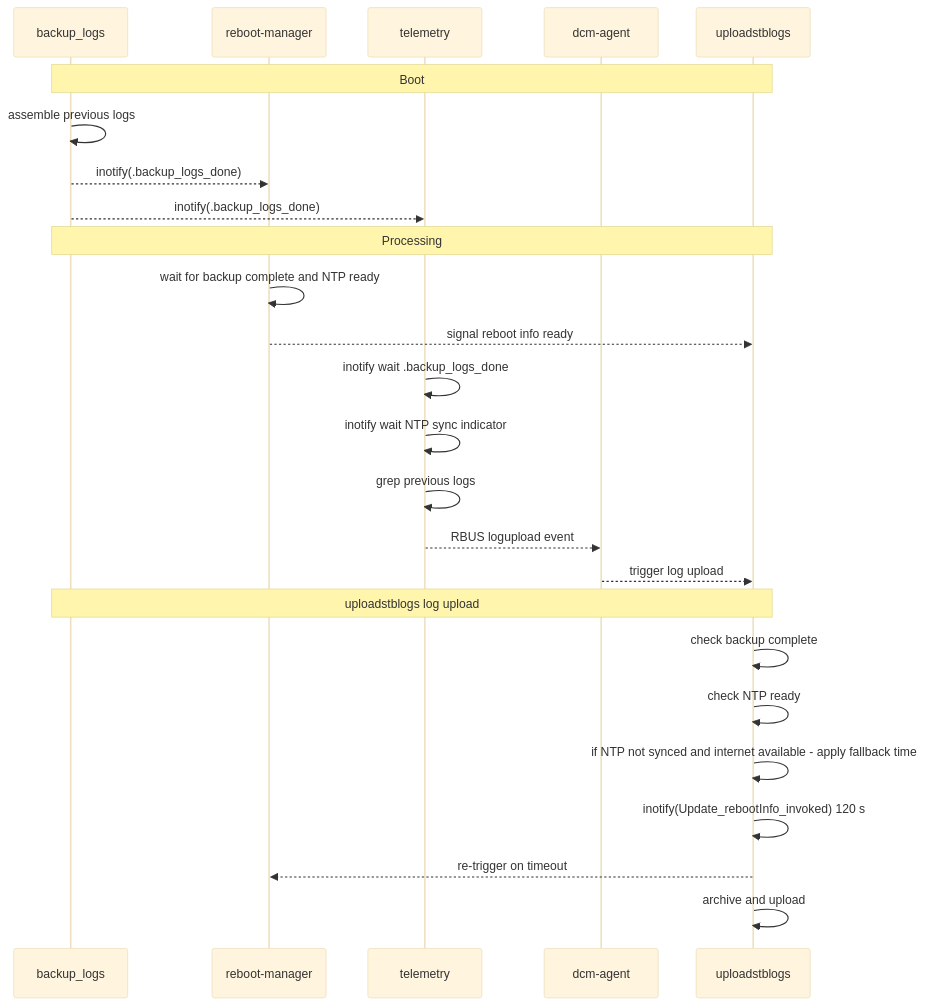
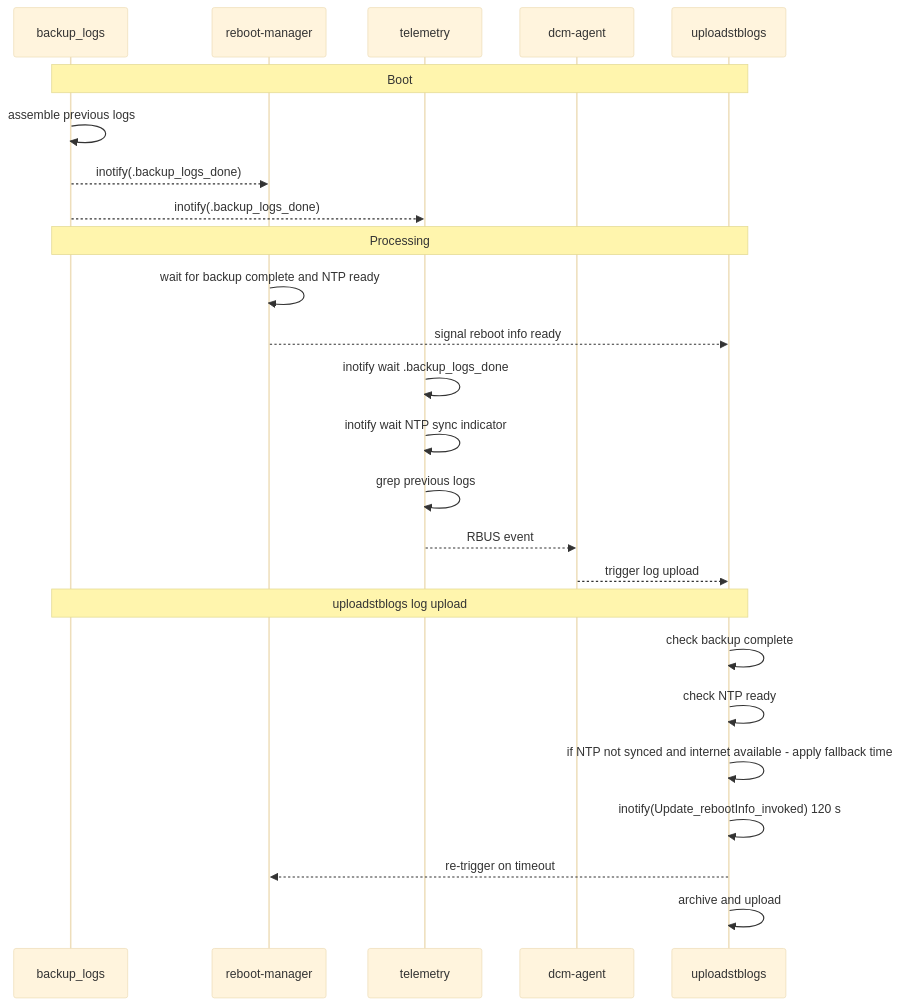
Before and after one commit to rdkcentral/dcm-agent: the first of 2 diagrams in stateanalysis.md, drawn with Mermaid (base theme).

````diff
--- a/stateanalysis.md
+++ b/stateanalysis.md
@@ -7,34 +7,34 @@
 ```mermaid
 sequenceDiagram
     participant BL  as backup_logs
     participant RM  as reboot-manager
     participant TEL as telemetry
     participant DCM as dcm-agent
     participant UL  as uploadstblogs
 
     note over BL,UL: Boot
 
     BL  ->> BL  : assemble previous logs
     BL  -->> RM : inotify(.backup_logs_done)
     BL  -->> TEL: inotify(.backup_logs_done)
 
     note over BL,UL: Processing
 
     RM  ->> RM  : wait for backup complete and NTP ready
     RM  -->> UL : signal reboot info ready
 
     TEL ->> TEL : inotify wait .backup_logs_done
     TEL ->> TEL : inotify wait NTP sync indicator
     TEL ->> TEL : grep previous logs
-    TEL -->> DCM: RBUS logupload event
+    TEL -->> DCM: RBUS event
     DCM -->> UL : trigger log upload
 
     note over BL,UL: uploadstblogs log upload
 
     UL  ->> UL  : check backup complete
     UL  ->> UL  : check NTP ready
     UL  ->> UL  : if NTP not synced and internet available - apply fallback time
     UL  ->> UL  : inotify(Update_rebootInfo_invoked) 120 s
     UL  -->> RM : re-trigger on timeout
     UL  ->> UL  : archive and upload
 ```
````
